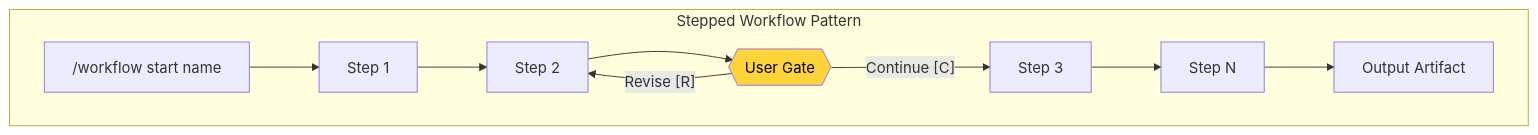
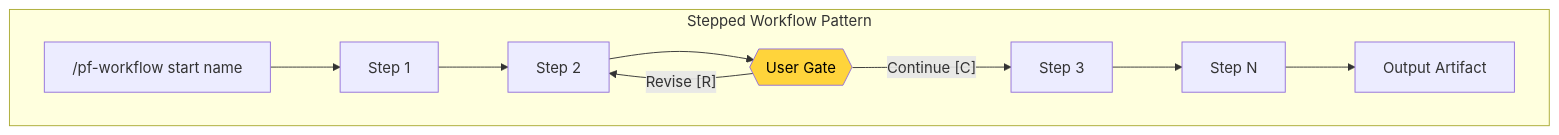
One commit to slabgorb/pennyfarthing changed the eighth of 10 diagrams in docs/BIKELANE-DIAGRAMS.md. Above: the diagram before and after it, drawn with Mermaid. The commit also changed other lines of this file and 57 other files, not shown here.

````diff
--- a/docs/BIKELANE-DIAGRAMS.md
+++ b/docs/BIKELANE-DIAGRAMS.md
@@ -388,22 +388,22 @@
 ```mermaid
 flowchart TD
     subgraph "Stepped Workflow Pattern"
-        START["/workflow start name"]
+        START["/pf-workflow start name"]
         S1["Step 1"]
         S2["Step 2"]
         GATE{{"User Gate"}}
         S3["Step 3"]
         SN["Step N"]
         OUTPUT["Output Artifact"]
     end
 
     START --> S1
     S1 --> S2
     S2 --> GATE
     GATE -->|"Continue [C]"| S3
     GATE -->|"Revise [R]"| S2
     S3 --> SN
     SN --> OUTPUT
 
     style GATE fill:#ffd43b,color:black
 ```
````
